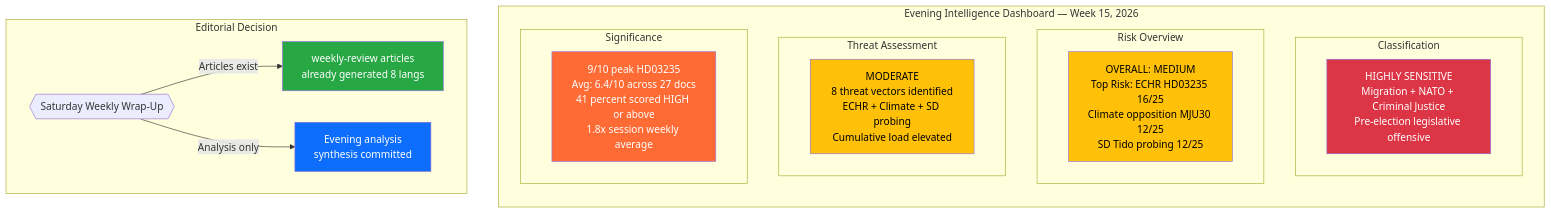
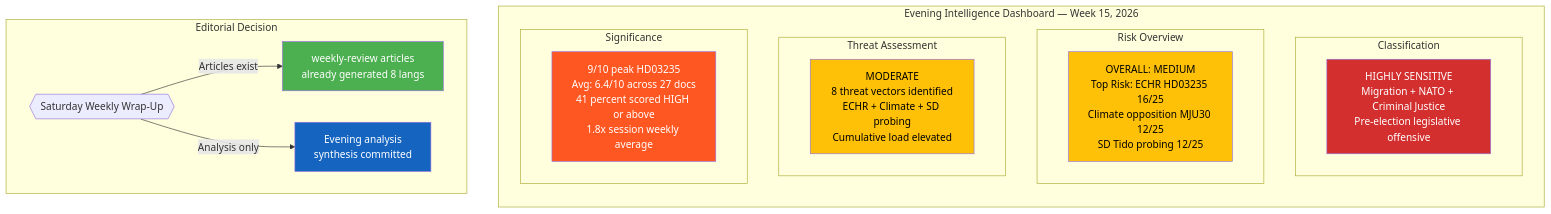
The first of 2 diagrams in analysis/daily/2026-04-11/evening-analysis/synthesis-summary.md (Hack23/riksdagsmonitor), drawn with Mermaid before and after one commit. The commit also changed other lines of this file and 785 other files, not shown here.

First line of the commit message:
Normalize mermaid colors across 786 analysis artifacts to ISMS Style Guide palette

````diff
--- a/analysis/daily/2026-04-11/evening-analysis/synthesis-summary.md
+++ b/analysis/daily/2026-04-11/evening-analysis/synthesis-summary.md
@@ -17,31 +17,31 @@
 ```mermaid
 graph TD
     subgraph "Evening Intelligence Dashboard — Week 15, 2026"
         direction TB
         subgraph "Classification"
             CLS["HIGHLY SENSITIVE<br/>Migration + NATO + Criminal Justice<br/>Pre-election legislative offensive"]
         end
         subgraph "Risk Overview"
             RSK["OVERALL: MEDIUM<br/>Top Risk: ECHR HD03235 16/25<br/>Climate opposition MJU30 12/25<br/>SD Tido probing 12/25"]
         end
         subgraph "Threat Assessment"
             THR["MODERATE<br/>8 threat vectors identified<br/>ECHR + Climate + SD probing<br/>Cumulative load elevated"]
         end
         subgraph "Significance"
             SIG["9/10 peak HD03235<br/>Avg: 6.4/10 across 27 docs<br/>41 percent scored HIGH or above<br/>1.8x session weekly average"]
         end
     end
 
     subgraph "Editorial Decision"
         DEC{{"Saturday Weekly Wrap-Up"}}
         DEC -->|"Articles exist"| EXIST["weekly-review articles<br/>already generated 8 langs"]
         DEC -->|"Analysis only"| ANAL["Evening analysis<br/>synthesis committed"]
     end
 
-    style CLS fill:#dc3545,color:#fff
-    style RSK fill:#ffc107,color:#000
-    style THR fill:#ffc107,color:#000
-    style SIG fill:#ff6b35,color:#fff
-    style EXIST fill:#28a745,color:#fff
-    style ANAL fill:#0d6efd,color:#fff
+    style CLS fill:#D32F2F,color:#FFFFFF
+    style RSK fill:#FFC107,color:#000000
+    style THR fill:#FFC107,color:#000000
+    style SIG fill:#FF5722,color:#FFFFFF
+    style EXIST fill:#4CAF50,color:#FFFFFF
+    style ANAL fill:#1565C0,color:#FFFFFF
 ```
````
